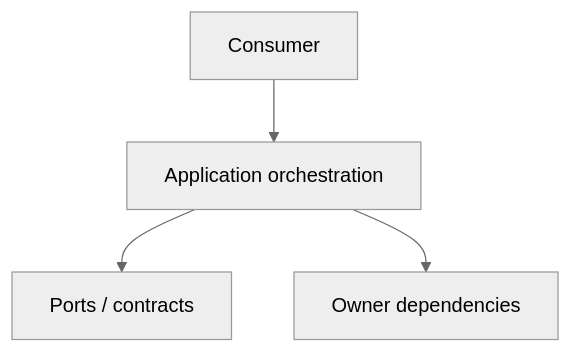
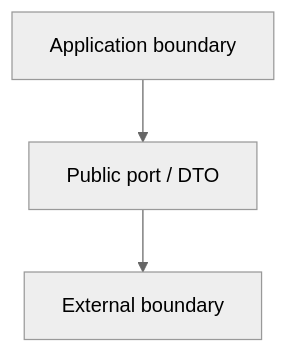
Before and after one commit to 963sup/Line_Bot_v1: the second of 3 diagrams in packages/intelligence/ARCHITECTURE.md, drawn with Mermaid (neutral theme). The commit also changed other lines of this file and 40 other files, not shown here.

Commit message:
docs: compact owner architecture cards

````diff
--- a/packages/intelligence/ARCHITECTURE.md
+++ b/packages/intelligence/ARCHITECTURE.md
@@ -40,6 +24,5 @@
 ```mermaid
 flowchart TD
-  Consumer[Consumer] --> Application[Application orchestration]
-  Application --> Ports[Ports / contracts]
-  Application --> Dependencies[Owner dependencies]
+  Application[Application boundary] --> Port[Public port / DTO]
+  Port --> Boundary[External boundary]
 ```
````
